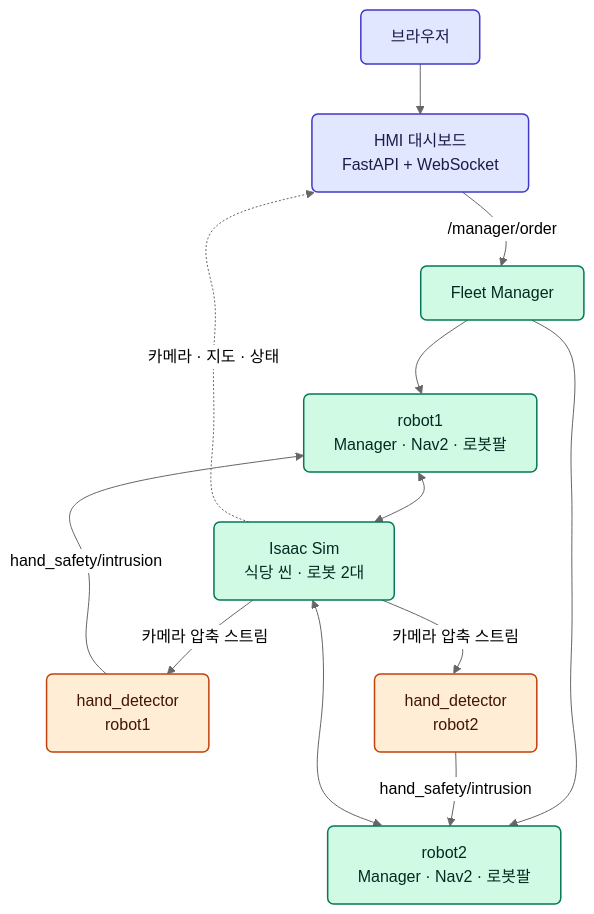
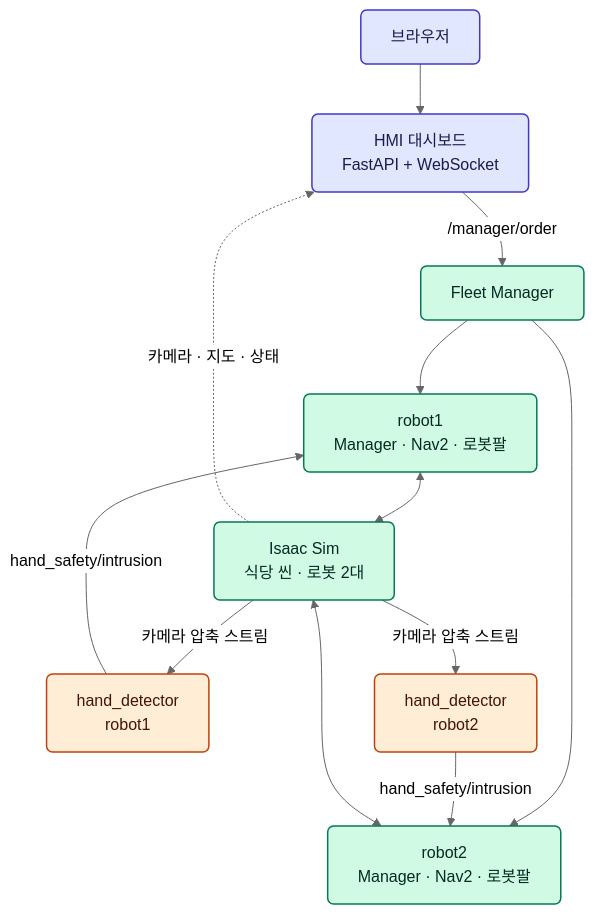
The first of 2 diagrams in README.md (2028jun/Rokey_Co3_A1), drawn with Mermaid (neutral theme) before and after one commit. The commit also changed other lines of this file, not shown here.

````diff
--- a/README.md
+++ b/README.md
@@ -41,22 +41,21 @@
 ```mermaid
-%%{init: {'flowchart': {'curve': 'natural'}}}%%
 flowchart TB
     Browser["브라우저"] --> HMI["HMI 대시보드\nFastAPI + WebSocket"]
     HMI -->|"/manager/order"| Fleet["Fleet Manager"]
     Fleet --> M1["robot1\nManager · Nav2 · 로봇팔"]
     Fleet --> M2["robot2\nManager · Nav2 · 로봇팔"]
     M1 <--> Isaac["Isaac Sim\n식당 씬 · 로봇 2대"]
     M2 <--> Isaac
     Isaac -->|"카메라 압축 스트림"| Y1["hand_detector\nrobot1"]
     Isaac -->|"카메라 압축 스트림"| Y2["hand_detector\nrobot2"]
     Y1 -->|"hand_safety/intrusion"| M1
     Y2 -->|"hand_safety/intrusion"| M2
     Isaac -.->|"카메라 · 지도 · 상태"| HMI
 
     classDef web fill:#e0e7ff,stroke:#4338ca,color:#1e1b4b,stroke-width:1.5px,rx:6,ry:6;
     classDef main fill:#d1fae5,stroke:#047857,color:#022c22,stroke-width:1.5px,rx:6,ry:6;
     classDef yolo fill:#ffedd5,stroke:#c2410c,color:#431407,stroke-width:1.5px,rx:6,ry:6;
     class Browser,HMI web
     class Fleet,M1,M2,Isaac main
     class Y1,Y2 yolo
 ```
````
